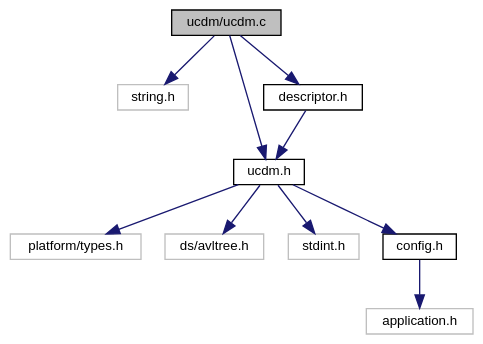
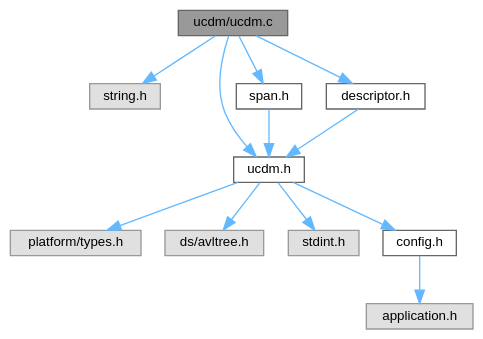
Before and after one commit to ebs-universe/piolib-ucdm: the diagram in ucdm_8c__incl.dot, drawn with Graphviz. The commit also changed 365 other files, not shown here.

```diff
--- a/ucdm_8c__incl.dot
+++ b/ucdm_8c__incl.dot
@@ -1,26 +1,29 @@
 digraph "ucdm/ucdm.c"
 {
  // INTERACTIVE_SVG=YES
  // LATEX_PDF_SIZE
   bgcolor="transparent";
-  edge [fontname="Helvetica",fontsize="10",labelfontname="Helvetica",labelfontsize="10"];
-  node [fontname="Helvetica",fontsize="10",shape=record];
-  Node1 [label="ucdm/ucdm.c",height=0.2,width=0.4,color="black", fillcolor="grey75", style="filled", fontcolor="black",tooltip="Implementation the Unified Configuration and Data Manager."];
-  Node1 -> Node2 [color="midnightblue",fontsize="10",style="solid",fontname="Helvetica"];
-  Node2 [label="string.h",height=0.2,width=0.4,color="grey75",tooltip=" "];
-  Node1 -> Node3 [color="midnightblue",fontsize="10",style="solid",fontname="Helvetica"];
-  Node3 [label="ucdm.h",height=0.2,width=0.4,color="black",URL="$ucdm_8h.html",tooltip="Interface and usage of the Unified Configuration and Data Manager."];
-  Node3 -> Node4 [color="midnightblue",fontsize="10",style="solid",fontname="Helvetica"];
-  Node4 [label="platform/types.h",height=0.2,width=0.4,color="grey75",tooltip=" "];
-  Node3 -> Node5 [color="midnightblue",fontsize="10",style="solid",fontname="Helvetica"];
-  Node5 [label="ds/avltree.h",height=0.2,width=0.4,color="grey75",tooltip=" "];
-  Node3 -> Node6 [color="midnightblue",fontsize="10",style="solid",fontname="Helvetica"];
-  Node6 [label="stdint.h",height=0.2,width=0.4,color="grey75",tooltip=" "];
-  Node3 -> Node7 [color="midnightblue",fontsize="10",style="solid",fontname="Helvetica"];
-  Node7 [label="config.h",height=0.2,width=0.4,color="black",URL="$config_8h_source.html",tooltip=" "];
-  Node7 -> Node8 [color="midnightblue",fontsize="10",style="solid",fontname="Helvetica"];
-  Node8 [label="application.h",height=0.2,width=0.4,color="grey75",tooltip=" "];
-  Node1 -> Node9 [color="midnightblue",fontsize="10",style="solid",fontname="Helvetica"];
-  Node9 [label="descriptor.h",height=0.2,width=0.4,color="black",URL="$descriptor_8h.html",tooltip="Descriptor type definitions."];
-  Node9 -> Node3 [color="midnightblue",fontsize="10",style="solid",fontname="Helvetica"];
+  edge [fontname=Helvetica,fontsize=10,labelfontname=Helvetica,labelfontsize=10];
+  node [fontname=Helvetica,fontsize=10,shape=box,height=0.2,width=0.4];
+  Node1 [id="Node000001",label="ucdm/ucdm.c",height=0.2,width=0.4,color="gray40", fillcolor="grey60", style="filled", fontcolor="black",tooltip="Implementation the Unified Configuration and Data Manager."];
+  Node1 -> Node2 [id="edge1_Node000001_Node000002",color="steelblue1",style="solid",tooltip=" "];
+  Node2 [id="Node000002",label="string.h",height=0.2,width=0.4,color="grey60", fillcolor="#E0E0E0", style="filled",tooltip=" "];
+  Node1 -> Node3 [id="edge2_Node000001_Node000003",color="steelblue1",style="solid",tooltip=" "];
+  Node3 [id="Node000003",label="ucdm.h",height=0.2,width=0.4,color="grey40", fillcolor="white", style="filled",URL="$ucdm_8h.html",tooltip="Interface and usage of the Unified Configuration and Data Manager."];
+  Node3 -> Node4 [id="edge3_Node000003_Node000004",color="steelblue1",style="solid",tooltip=" "];
+  Node4 [id="Node000004",label="platform/types.h",height=0.2,width=0.4,color="grey60", fillcolor="#E0E0E0", style="filled",tooltip=" "];
+  Node3 -> Node5 [id="edge4_Node000003_Node000005",color="steelblue1",style="solid",tooltip=" "];
+  Node5 [id="Node000005",label="ds/avltree.h",height=0.2,width=0.4,color="grey60", fillcolor="#E0E0E0", style="filled",tooltip=" "];
+  Node3 -> Node6 [id="edge5_Node000003_Node000006",color="steelblue1",style="solid",tooltip=" "];
+  Node6 [id="Node000006",label="stdint.h",height=0.2,width=0.4,color="grey60", fillcolor="#E0E0E0", style="filled",tooltip=" "];
+  Node3 -> Node7 [id="edge6_Node000003_Node000007",color="steelblue1",style="solid",tooltip=" "];
+  Node7 [id="Node000007",label="config.h",height=0.2,width=0.4,color="grey40", fillcolor="white", style="filled",URL="$config_8h.html",tooltip=" "];
+  Node7 -> Node8 [id="edge7_Node000007_Node000008",color="steelblue1",style="solid",tooltip=" "];
+  Node8 [id="Node000008",label="application.h",height=0.2,width=0.4,color="grey60", fillcolor="#E0E0E0", style="filled",tooltip=" "];
+  Node1 -> Node9 [id="edge8_Node000001_Node000009",color="steelblue1",style="solid",tooltip=" "];
+  Node9 [id="Node000009",label="span.h",height=0.2,width=0.4,color="grey40", fillcolor="white", style="filled",URL="$span_8h.html",tooltip="Support for types spanning multiple registers."];
+  Node9 -> Node3 [id="edge9_Node000009_Node000003",color="steelblue1",style="solid",tooltip=" "];
+  Node1 -> Node10 [id="edge10_Node000001_Node000010",color="steelblue1",style="solid",tooltip=" "];
+  Node10 [id="Node000010",label="descriptor.h",height=0.2,width=0.4,color="grey40", fillcolor="white", style="filled",URL="$descriptor_8h.html",tooltip="Descriptor type definitions."];
+  Node10 -> Node3 [id="edge11_Node000010_Node000003",color="steelblue1",style="solid",tooltip=" "];
 }
```
